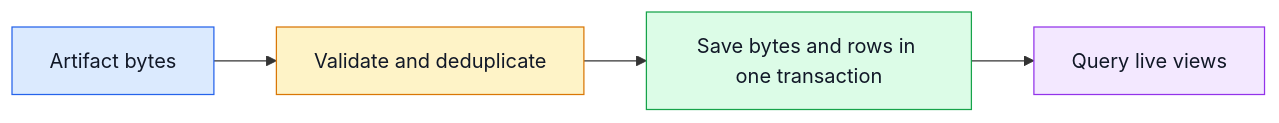
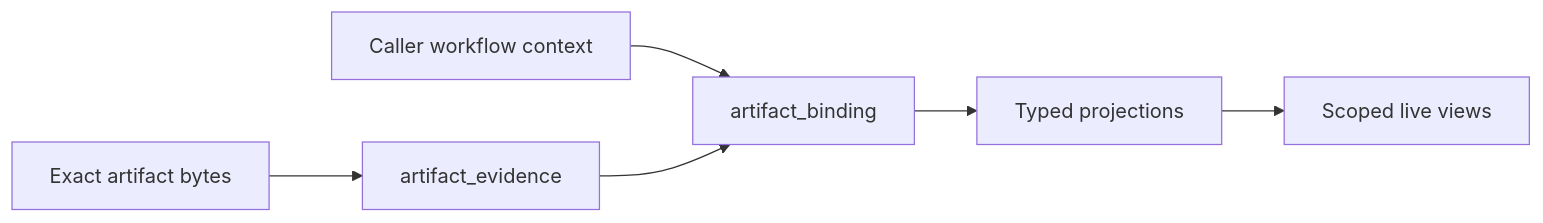
Before and after one commit to smith-xyz/traust-contracts: the diagram in storage/v1/README.md, drawn with Mermaid. The commit also changed other lines of this file and 150 other files, not shown here.

Commit message:
feat(storage): separate artifact evidence from workflow bindings

````diff
--- a/storage/v1/README.md
+++ b/storage/v1/README.md
@@ -11,10 +12,8 @@
 ```mermaid
 flowchart LR
-    A[Artifact bytes] --> B[Validate and deduplicate]
-    B --> C[Save bytes and rows in one transaction]
-    C --> D[Query live views]
-    style A fill:#dbeafe,stroke:#2563eb,color:#111827
-    style B fill:#fef3c7,stroke:#d97706,color:#111827
-    style C fill:#dcfce7,stroke:#16a34a,color:#111827
-    style D fill:#f3e8ff,stroke:#9333ea,color:#111827
+    A[Exact artifact bytes] --> E[artifact_evidence]
+    C[Caller workflow context] --> B[artifact_binding]
+    E --> B
+    B --> P[Typed projections]
+    P --> V[Scoped live views]
 ```
````
